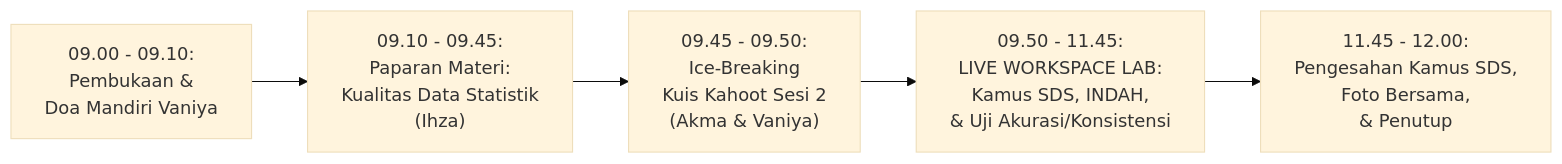
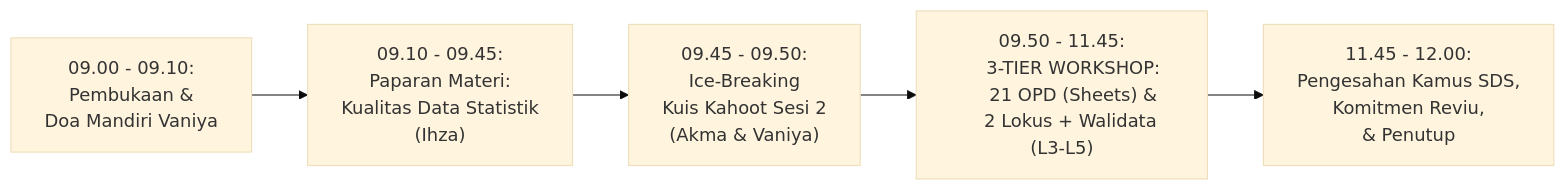
The diagram in kegiatan/pembinaan-statistik-sektoral/2026/pertemuan/02-pertemuan-2-kualitas-data-statistik.md (ipds6104/knowledge-base), drawn with Mermaid (base theme) before and after one commit. The commit also changed other lines of this file and 34 other files, not shown here.

````diff
--- a/kegiatan/pembinaan-statistik-sektoral/2026/pertemuan/02-pertemuan-2-kualitas-data-statistik.md
+++ b/kegiatan/pembinaan-statistik-sektoral/2026/pertemuan/02-pertemuan-2-kualitas-data-statistik.md
@@ -43,21 +44,21 @@
 ```mermaid
 flowchart LR
     A["09.00 - 09.10:
     Pembukaan &
     Doa Mandiri Vaniya"] --> B["09.10 - 09.45:
     Paparan Materi:
     Kualitas Data Statistik
     (Ihza)"]
     B --> C["09.45 - 09.50:
     Ice-Breaking
     Kuis Kahoot Sesi 2
     (Akma & Vaniya)"]
     C --> D["09.50 - 11.45:
-    LIVE WORKSPACE LAB:
-    Kamus SDS, INDAH,
-    & Uji Akurasi/Konsistensi"]
+    3-TIER WORKSHOP:
+    21 OPD (Sheets) &
+    2 Lokus + Walidata (L3-L5)"]
     D --> E["11.45 - 12.00:
     Pengesahan Kamus SDS,
-    Foto Bersama,
+    Komitmen Reviu,
     & Penutup"]
 ```
````
